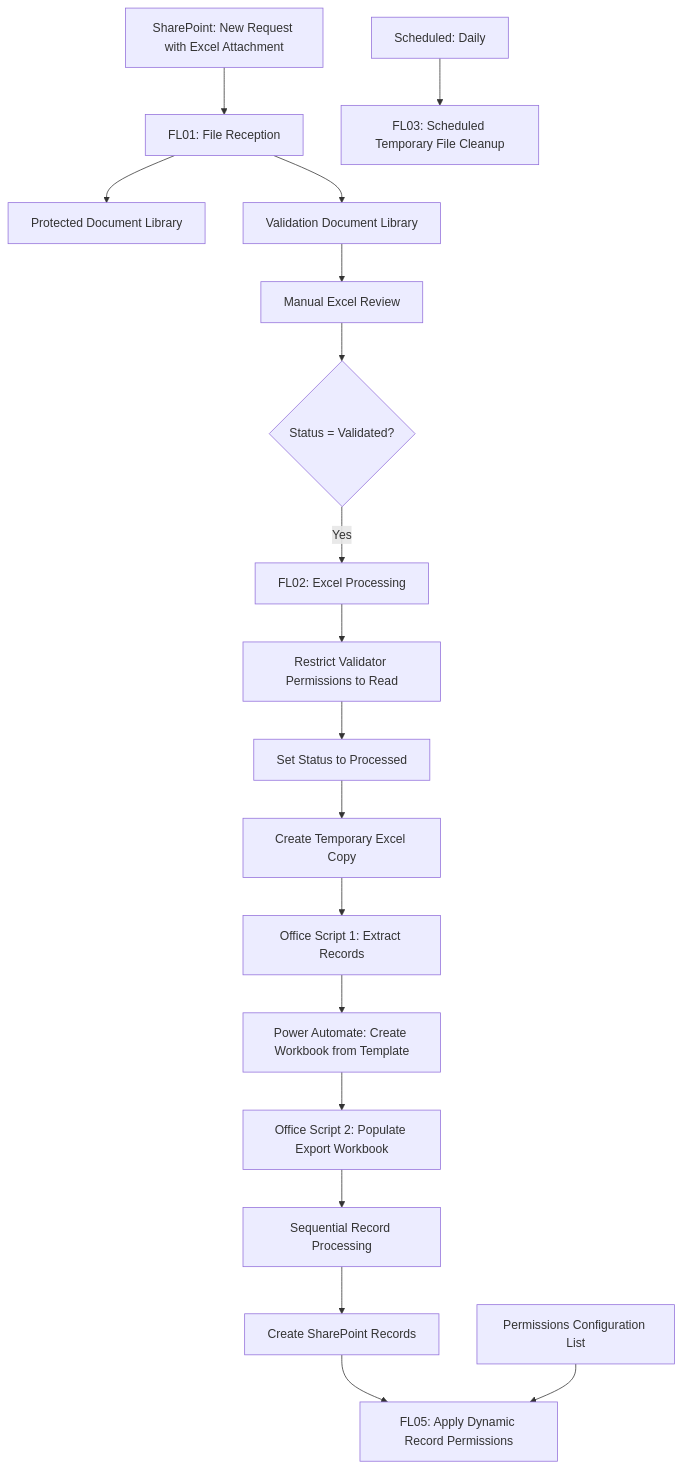
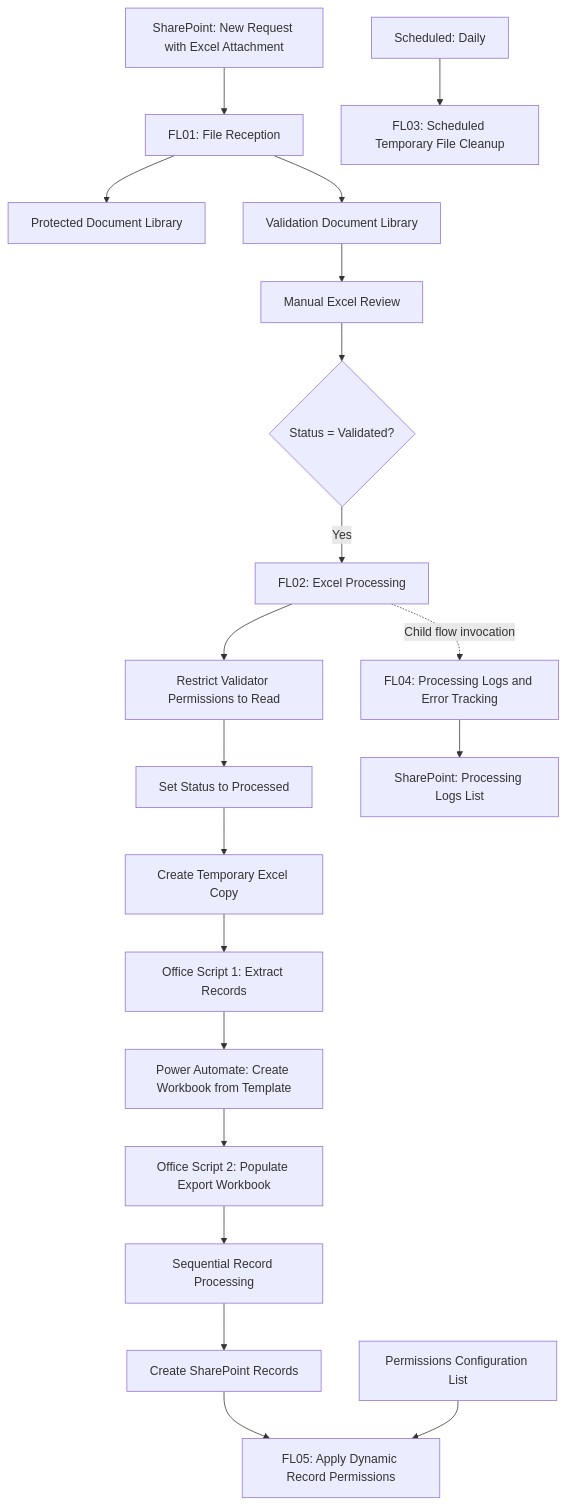
The diagram in Power-Automate/SharePoint-Excel-Automation/docs/architecture.md (smartinmunoz/power-platform-portfolio), drawn with Mermaid before and after one commit.

Commit message:
Add FL04 child flow to architecture diagram

````diff
--- a/Power-Automate/SharePoint-Excel-Automation/docs/architecture.md
+++ b/Power-Automate/SharePoint-Excel-Automation/docs/architecture.md
@@ -12,41 +12,45 @@
 ```mermaid
 flowchart TD
     A["SharePoint: New Request with Excel Attachment"]
     B["FL01: File Reception"]
     C["Protected Document Library"]
     D["Validation Document Library"]
     E["Manual Excel Review"]
     F{"Status = Validated?"}
     G["FL02: Excel Processing"]
     H["Restrict Validator Permissions to Read"]
     I["Set Status to Processed"]
     J["Create Temporary Excel Copy"]
     K["Office Script 1: Extract Records"]
     L["Power Automate: Create Workbook from Template"]
     M["Office Script 2: Populate Export Workbook"]
     N["Sequential Record Processing"]
     O["Create SharePoint Records"]
     P["FL05: Apply Dynamic Record Permissions"]
     Q["Permissions Configuration List"]
     R["FL03: Scheduled Temporary File Cleanup"]
+    T["FL04: Processing Logs and Error Tracking"]
+    U["SharePoint: Processing Logs List"]
 
     A --> B
     B --> C
     B --> D
     D --> E
     E --> F
     F -->|Yes| G
     G --> H
     H --> I
     I --> J
     J --> K
     K --> L
     L --> M
     M --> N
     N --> O
     O --> P
     Q --> P
+    G -.->|"Child flow invocation"| T
+    T --> U
     S["Scheduled: Daily"]
     S --> R
 
 ```
````
